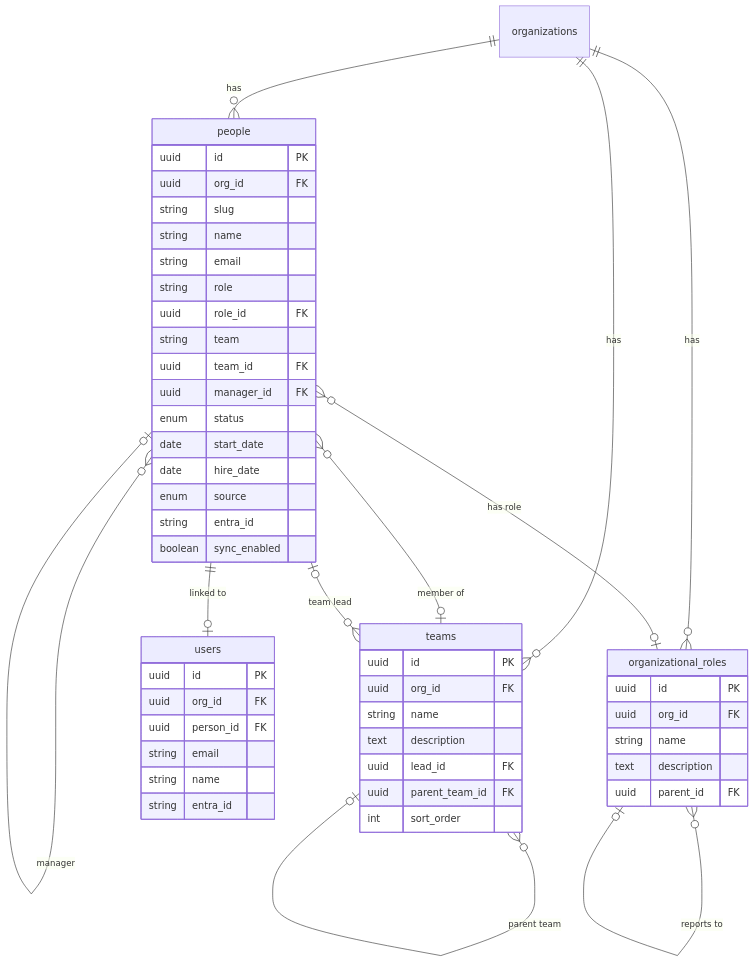
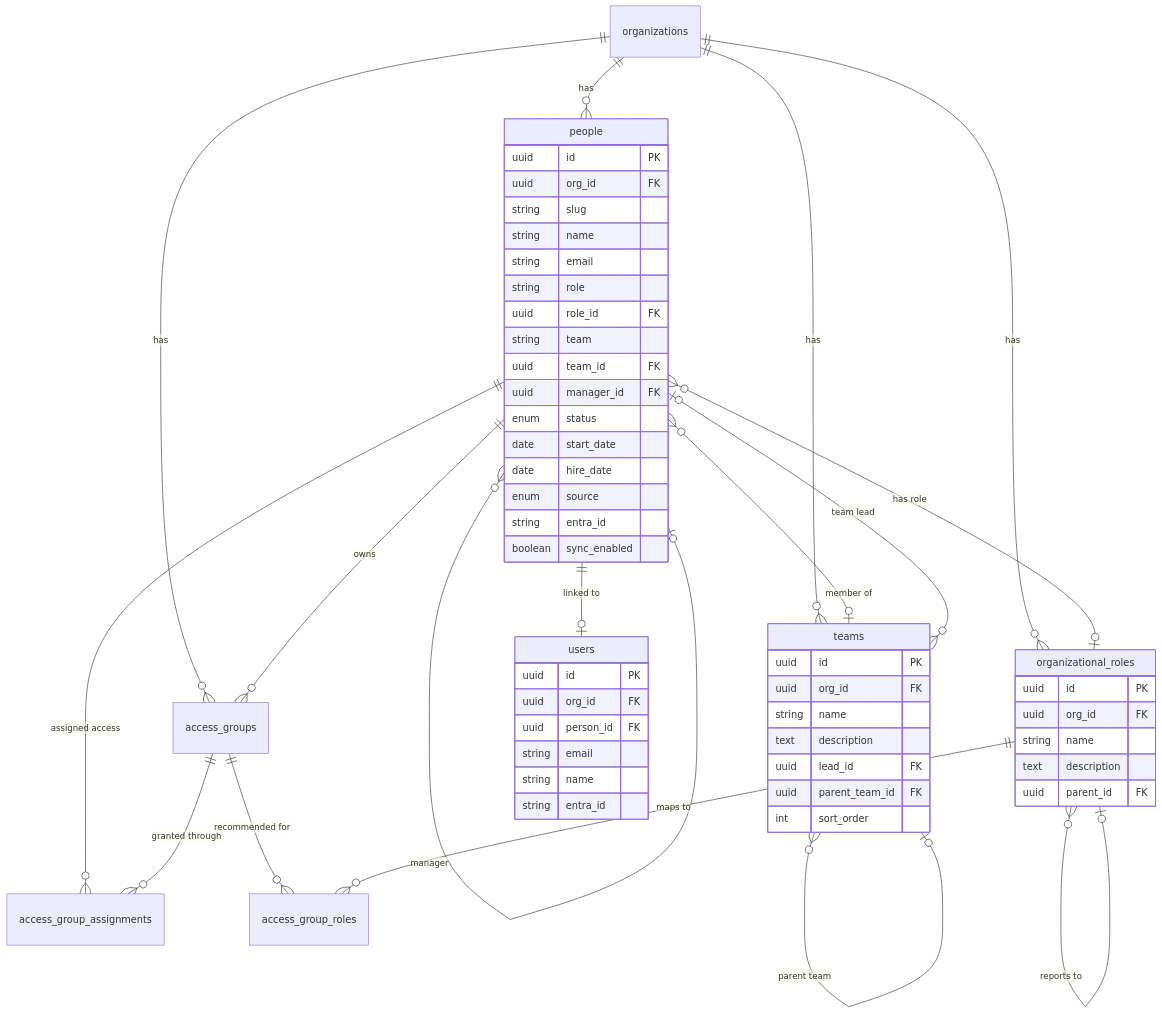
Diagram 14 of 18 in docs/modules/people/architecture.md (stellarsoft-tech/IdaraOS), drawn with Mermaid before and after one commit. The commit also changed other lines of this file and 16 other files, not shown here.

Commit message:
feat: added access group and register

````diff
--- a/docs/modules/people/architecture.md
+++ b/docs/modules/people/architecture.md
@@ -785,56 +892,62 @@
 ```mermaid
 erDiagram
     organizations ||--o{ people : has
     organizations ||--o{ teams : has
     organizations ||--o{ organizational_roles : has
+    organizations ||--o{ access_groups : has
     people ||--o| users : "linked to"
     people }o--o| teams : "member of"
     people }o--o| organizational_roles : "has role"
+    people ||--o{ access_group_assignments : "assigned access"
+    people ||--o{ access_groups : "owns"
+    access_groups ||--o{ access_group_assignments : "granted through"
+    access_groups ||--o{ access_group_roles : "recommended for"
+    organizational_roles ||--o{ access_group_roles : "maps to"
     people }o--o| people : "manager"
     teams }o--o| teams : "parent team"
     teams }o--o| people : "team lead"
     organizational_roles }o--o| organizational_roles : "reports to"
     
     people {
         uuid id PK
         uuid org_id FK
         string slug
         string name
         string email
         string role
         uuid role_id FK
         string team
         uuid team_id FK
         uuid manager_id FK
         enum status
         date start_date
         date hire_date
         enum source
         string entra_id
         boolean sync_enabled
     }
     teams {
         uuid id PK
         uuid org_id FK
         string name
         text description
         uuid lead_id FK
         uuid parent_team_id FK
         int sort_order
     }
     organizational_roles {
         uuid id PK
         uuid org_id FK
         string name
         text description
         uuid parent_id FK
     }
     users {
         uuid id PK
         uuid org_id FK
         uuid person_id FK
         string email
         string name
         string entra_id
     }
 ```
````
